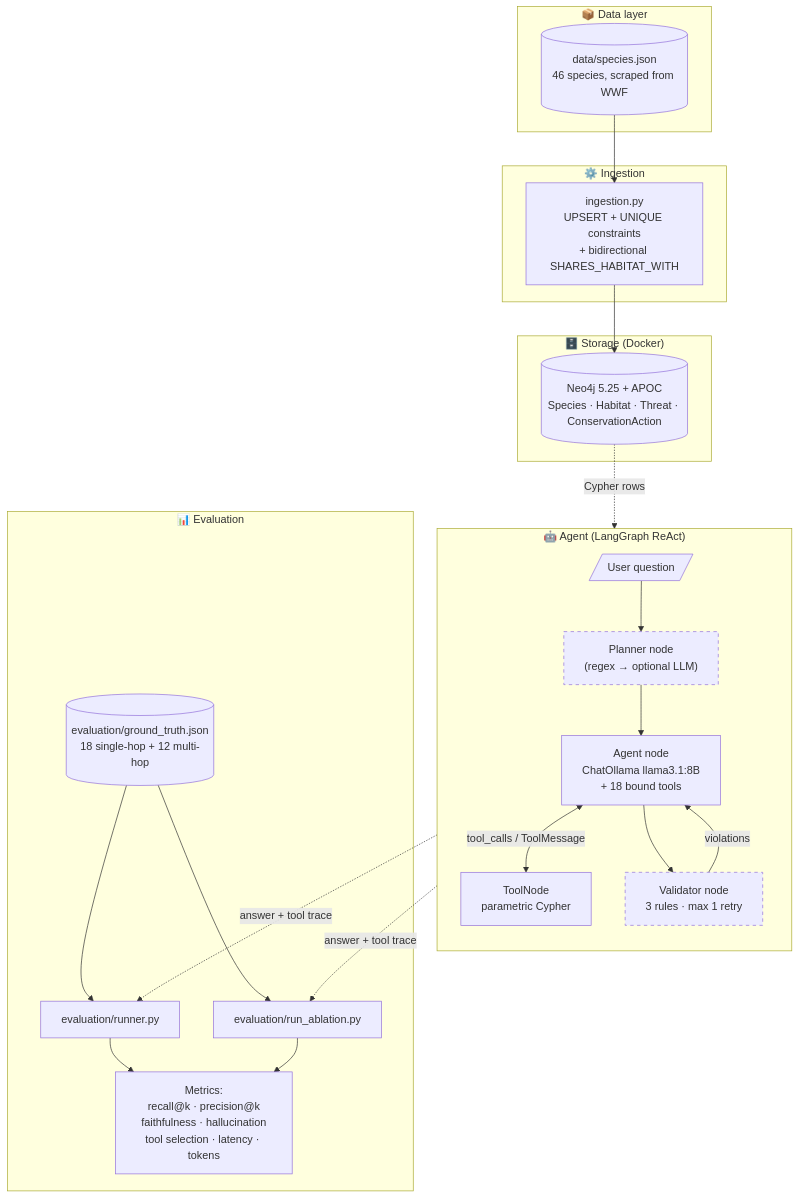
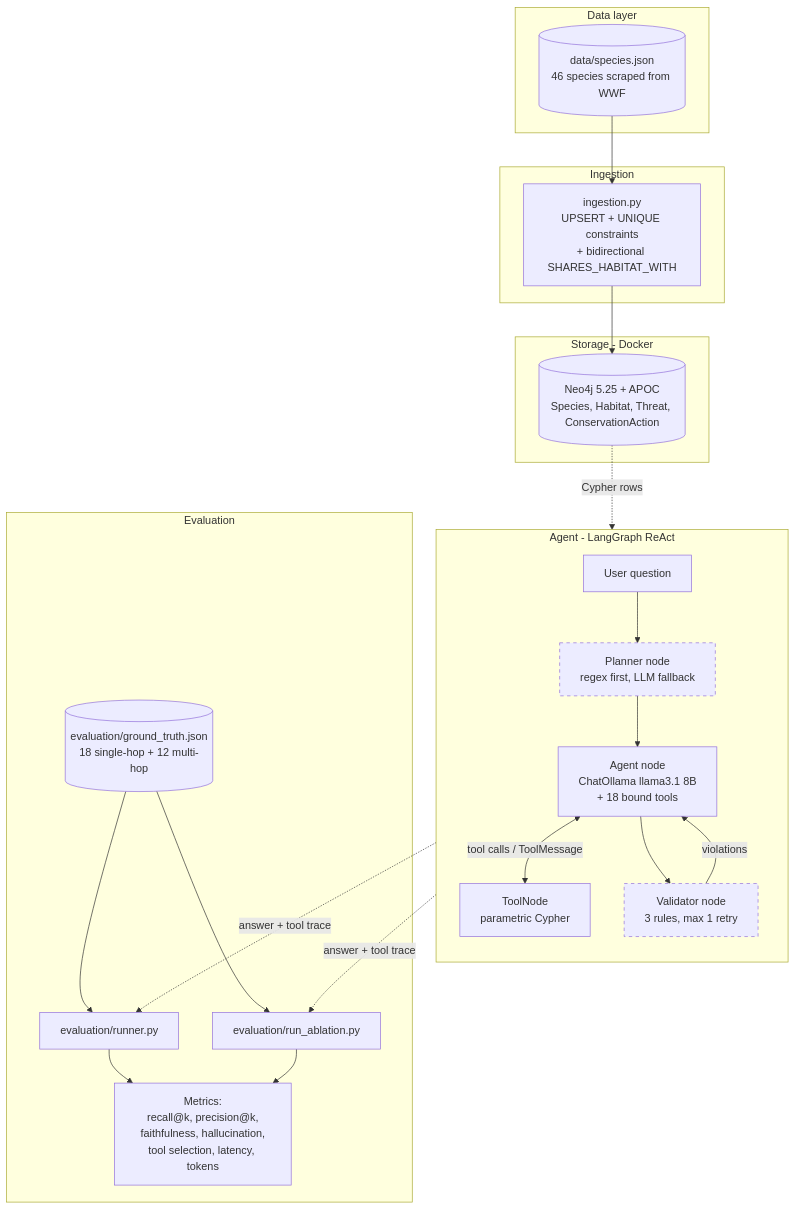
The first of 5 diagrams in docs/architecture.md (moetzi/agentic-graphrag-endangered-species-qa), drawn with Mermaid before and after one commit. The commit also changed other lines of this file and 1 other file, not shown here.

First line of the commit message:
Fix Mermaid syntax in architecture diagrams

````diff
--- a/docs/architecture.md
+++ b/docs/architecture.md
@@ -12,43 +12,43 @@
 ```mermaid
 flowchart TB
-    subgraph DATA["📦 Data layer"]
-        SRC[("data/species.json<br/>46 species, scraped from WWF")]
+    subgraph DATA["Data layer"]
+        SRC[("data/species.json<br/>46 species scraped from WWF")]
     end
 
-    subgraph INGEST["⚙️ Ingestion"]
+    subgraph INGEST["Ingestion"]
         ING["ingestion.py<br/>UPSERT + UNIQUE constraints<br/>+ bidirectional SHARES_HABITAT_WITH"]
     end
 
-    subgraph STORE["🗄️ Storage (Docker)"]
-        NEO[("Neo4j 5.25 + APOC<br/>Species · Habitat · Threat · ConservationAction")]
+    subgraph STORE["Storage - Docker"]
+        NEO[("Neo4j 5.25 + APOC<br/>Species, Habitat, Threat, ConservationAction")]
     end
 
-    subgraph AGENT["🤖 Agent (LangGraph ReAct)"]
+    subgraph AGENT["Agent - LangGraph ReAct"]
         direction TB
-        Q[/"User question"/]
-        PLAN["Planner node<br/>(regex → optional LLM)"]:::optional
-        LLM["Agent node<br/>ChatOllama llama3.1:8B<br/>+ 18 bound tools"]
+        Q["User question"]
+        PLAN["Planner node<br/>regex first, LLM fallback"]:::optional
+        LLM["Agent node<br/>ChatOllama llama3.1 8B<br/>+ 18 bound tools"]
         TOOLS["ToolNode<br/>parametric Cypher"]
-        VAL["Validator node<br/>3 rules · max 1 retry"]:::optional
+        VAL["Validator node<br/>3 rules, max 1 retry"]:::optional
         Q --> PLAN --> LLM
-        LLM <-->|tool_calls / ToolMessage| TOOLS
+        LLM <-->|tool calls / ToolMessage| TOOLS
         LLM --> VAL
         VAL -->|violations| LLM
     end
 
-    subgraph EVAL["📊 Evaluation"]
+    subgraph EVAL["Evaluation"]
         GT[("evaluation/ground_truth.json<br/>18 single-hop + 12 multi-hop")]
         RUN["evaluation/runner.py"]
         ABL["evaluation/run_ablation.py"]
-        MET["Metrics:<br/>recall@k · precision@k<br/>faithfulness · hallucination<br/>tool selection · latency · tokens"]
+        MET["Metrics:<br/>recall@k, precision@k,<br/>faithfulness, hallucination,<br/>tool selection, latency, tokens"]
     end
 
     SRC --> ING --> NEO
     NEO -.Cypher rows.-> TOOLS
     GT --> RUN --> MET
     GT --> ABL --> MET
     AGENT -.answer + tool trace.-> RUN
     AGENT -.answer + tool trace.-> ABL
 
     classDef optional stroke-dasharray: 5 5
 ```
````
